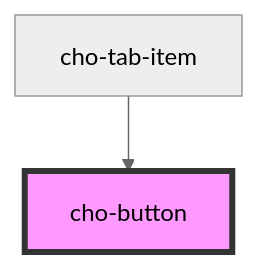
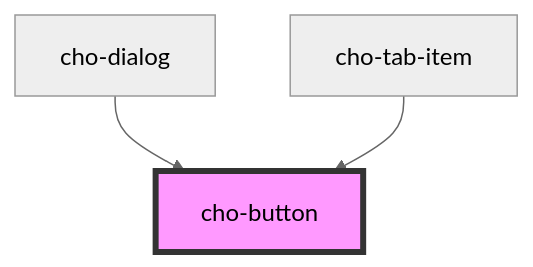
Before and after one commit to razvangeangu/cho-design-system: the diagram in packages/cho-components/src/components/inputs/button/readme.md, drawn with Mermaid (neutral theme). The commit also changed other lines of this file and 14 other files, not shown here.

````diff
--- a/packages/cho-components/src/components/inputs/button/readme.md
+++ b/packages/cho-components/src/components/inputs/button/readme.md
@@ -32,5 +33,6 @@
 ```mermaid
 graph TD;
+  cho-dialog --> cho-button
   cho-tab-item --> cho-button
   style cho-button fill:#f9f,stroke:#333,stroke-width:4px
 ```
````
